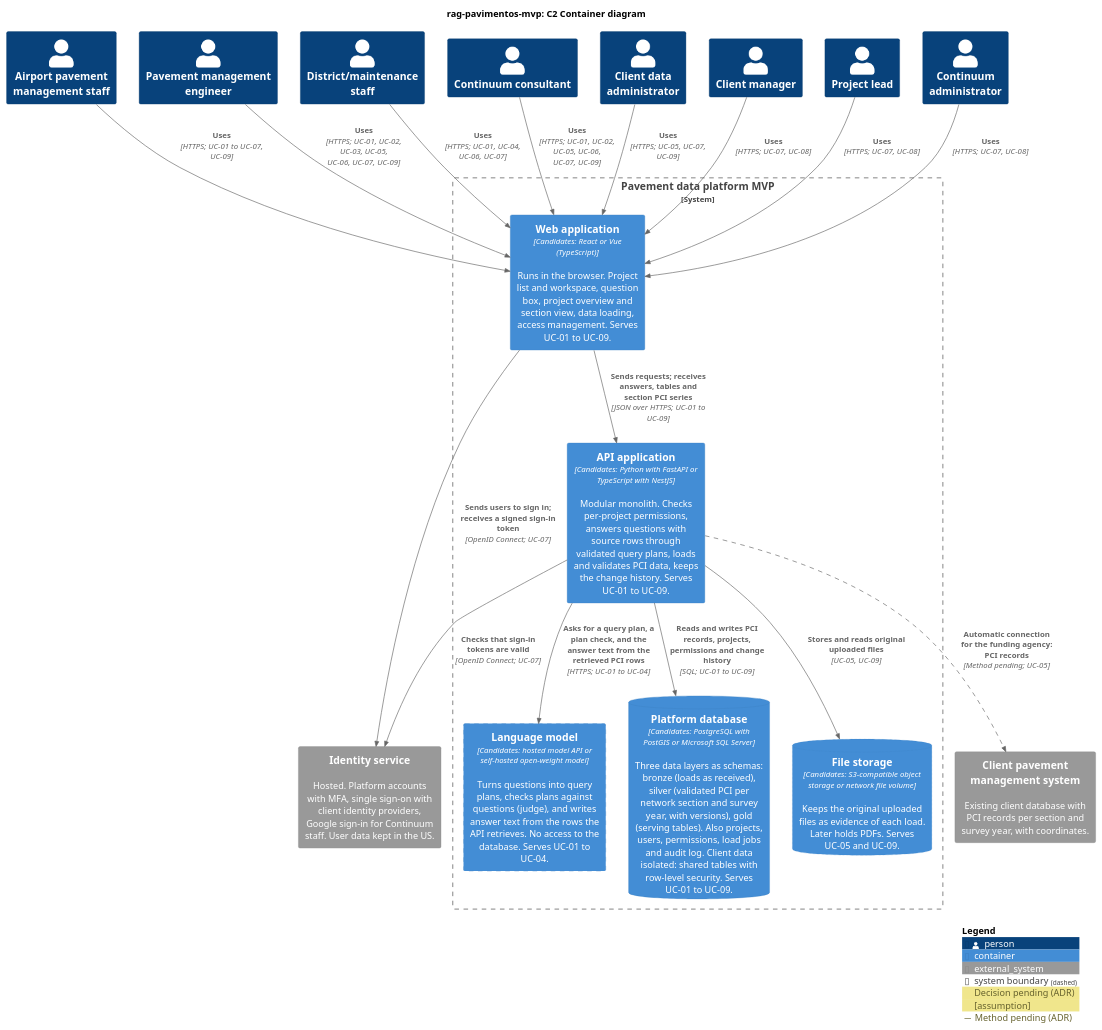
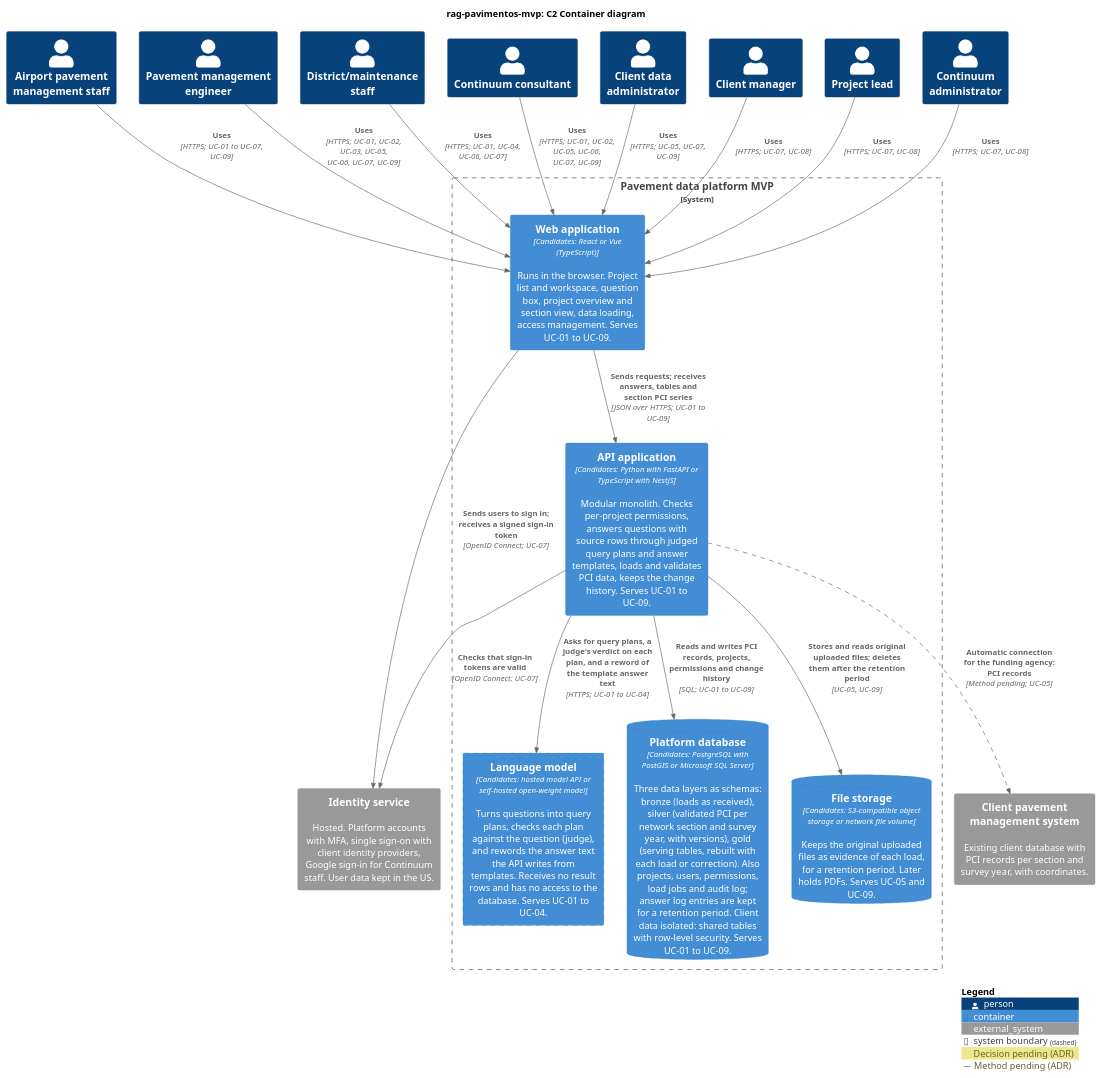
Before and after one commit to SAndrade2209/rag-pavimentos-mvp: the diagram in docs/architecture/c4/c2-containers.puml, drawn with PlantUML. The commit also changed 5 other files, not shown here.

First line of the commit message:
Supersede grounding and backend ADRs after architecture review

```diff
--- a/docs/architecture/c4/c2-containers.puml
+++ b/docs/architecture/c4/c2-containers.puml
@@ -1,73 +1,74 @@
 @startuml c2-containers
 !include <C4/C4_Container>
 
 title rag-pavimentos-mvp: C2 Container diagram
 
 ' Proposal. Candidate technologies are listed, not chosen. Each choice goes in an ADR,
 ' after docs/architecture/quality-attributes.md is filled.
 ' Modular monolith (CLAUDE.md): one API application holds the modules
 ' (question answering, PCI data, projects and access, change history). Modules belong in C3.
 ' All candidates run on any cloud provider or on premises (portability, CLAUDE.md).
 
 AddElementTag("pending", $borderStyle=DashedLine(), $legendText="Decision pending (ADR)")
-AddElementTag("assumption", $borderStyle=DottedLine(), $legendText="[assumption]")
 AddRelTag("pending", $lineStyle=DashedLine(), $legendText="Method pending (ADR)")
 
 ' People from C1, with the use cases each one performs.
 Person(airport_staff, "Airport pavement management staff")
 Person(pm_engineer, "Pavement management engineer")
 Person(district_staff, "District/maintenance staff")
 Person(consultant, "Continuum consultant")
 Person(data_admin, "Client data administrator")
 Person(client_manager, "Client manager")
 Person(project_lead, "Project lead")
 Person(continuum_admin, "Continuum administrator")
 
 ' External system from C1.
 ' CSV and Excel files are uploaded by people through the web application (UC-05).
 ' For the funding agency only, the API application also has an automatic connection to this system.
 ' Its method, and so the direction of the arrow, is pending (ADR 2026-11-23-load-pci-data-by-upload-and-connection).
 ' Sign-in (ADR 2026-11-23-delegate-sign-in-to-an-identity-service). The client identity providers and
 ' Continuum's Google Workspace connect to the identity service, not to the containers; they are shown in C1.
 System_Ext(idp, "Identity service", "Hosted. Platform accounts with MFA, single sign-on with client identity providers, Google sign-in for Continuum staff. User data kept in the US.")
 System_Ext(pms, "Client pavement management system", "Existing client database with PCI records per section and survey year, with coordinates.")
 
 System_Boundary(platform, "Pavement data platform MVP") {
   Container(web, "Web application", "Candidates: React or Vue (TypeScript)", "Runs in the browser. Project list and workspace, question box, project overview and section view, data loading, access management. Serves UC-01 to UC-09.")
 
-  Container(api, "API application", "Candidates: Python with FastAPI or TypeScript with NestJS", "Modular monolith. Checks per-project permissions, answers questions with source rows through validated query plans, loads and validates PCI data, keeps the change history. Serves UC-01 to UC-09.")
+  Container(api, "API application", "Candidates: Python with FastAPI or TypeScript with NestJS", "Modular monolith. Checks per-project permissions, answers questions with source rows through judged query plans and answer templates, loads and validates PCI data, keeps the change history. Serves UC-01 to UC-09.")
 
-  ' Hosted or self-hosted is the decision. With a hosted model API, client PCI rows leave
-  ' the platform and the model becomes an external system in C1.
-  ' Grounding (ADR 2026-11-23-ground-answers-with-validated-query-plans): the model has no access to
-  ' the database. It returns query plans, which the API validates and runs, and it sees only the result rows.
-  Container(llm, "Language model", "Candidates: hosted model API or self-hosted open-weight model", "Turns questions into query plans, checks plans against questions (judge), and writes answer text from the rows the API retrieves. No access to the database. Serves UC-01 to UC-04.", $tags="pending")
+  ' Hosted or self-hosted is the decision. With a hosted model API, client data (questions, plans,
+  ' and the template answer text with its figures) leave the platform and the model becomes an
+  ' external system in C1.
+  ' Grounding (ADR 2026-11-23-ground-answers-with-judged-plans-and-answer-templates): the model has no
+  ' access to the database and never receives result rows. It returns query plans, judges them, and
+  ' rewords the answer text the API writes from templates.
+  Container(llm, "Language model", "Candidates: hosted model API or self-hosted open-weight model", "Turns questions into query plans, checks each plan against the question (judge), and rewords the answer text the API writes from templates. Receives no result rows and has no access to the database. Serves UC-01 to UC-04.", $tags="pending")
 
   ' Client data isolation: see ADR 2026-11-23-isolate-client-data-with-row-level-security.
-  ' Data layers: see ADR 2026-11-23-backend-modular-monolith-with-data-layers.
-  ContainerDb(db, "Platform database", "Candidates: PostgreSQL with PostGIS or Microsoft SQL Server", "Three data layers as schemas: bronze (loads as received), silver (validated PCI per network section and survey year, with versions), gold (serving tables). Also projects, users, permissions, load jobs and audit log. Client data isolated: shared tables with row-level security. Serves UC-01 to UC-09.")
+  ' Data layers and retention: see ADR 2026-11-23-backend-modular-monolith-with-data-layers-and-retention.
+  ContainerDb(db, "Platform database", "Candidates: PostgreSQL with PostGIS or Microsoft SQL Server", "Three data layers as schemas: bronze (loads as received), silver (validated PCI per network section and survey year, with versions), gold (serving tables, rebuilt with each load or correction). Also projects, users, permissions, load jobs and audit log; answer log entries are kept for a retention period. Client data isolated: shared tables with row-level security. Serves UC-01 to UC-09.")
 
-  ' Not required by phase 1 questions. Justified by the evidence requirement and by PDFs later.
-  ' If original files are not kept, this container is removed.
-  ContainerDb(files, "File storage", "Candidates: S3-compatible object storage or network file volume", "Keeps the original uploaded files as evidence of each load. Later holds PDFs. Serves UC-05 and UC-09.", $tags="assumption")
+  ' Not required by phase 1 questions. Original files are kept for a retention period as evidence
+  ' of each load. PDFs come later and will be stored here.
+  ContainerDb(files, "File storage", "Candidates: S3-compatible object storage or network file volume", "Keeps the original uploaded files as evidence of each load, for a retention period. Later holds PDFs. Serves UC-05 and UC-09.")
 }
 
 Rel(airport_staff, web, "Uses", "HTTPS; UC-01 to UC-07, UC-09")
 Rel(pm_engineer, web, "Uses", "HTTPS; UC-01, UC-02, UC-03, UC-05, UC-06, UC-07, UC-09")
 Rel(district_staff, web, "Uses", "HTTPS; UC-01, UC-04, UC-06, UC-07")
 Rel(consultant, web, "Uses", "HTTPS; UC-01, UC-02, UC-05, UC-06, UC-07, UC-09")
 Rel(data_admin, web, "Uses", "HTTPS; UC-05, UC-07, UC-09")
 Rel(client_manager, web, "Uses", "HTTPS; UC-07, UC-08")
 Rel(project_lead, web, "Uses", "HTTPS; UC-07, UC-08")
 Rel(continuum_admin, web, "Uses", "HTTPS; UC-07, UC-08")
 
 Rel(web, api, "Sends requests; receives answers, tables and section PCI series", "JSON over HTTPS; UC-01 to UC-09")
-Rel(api, llm, "Asks for a query plan, a plan check, and the answer text from the retrieved PCI rows", "HTTPS; UC-01 to UC-04")
+Rel(api, llm, "Asks for query plans, a judge's verdict on each plan, and a reword of the template answer text", "HTTPS; UC-01 to UC-04")
 Rel(api, db, "Reads and writes PCI records, projects, permissions and change history", "SQL; UC-01 to UC-09")
-Rel(api, files, "Stores and reads original uploaded files", "UC-05, UC-09")
+Rel(api, files, "Stores and reads original uploaded files; deletes them after the retention period", "UC-05, UC-09")
 Rel(api, pms, "Automatic connection for the funding agency: PCI records", "Method pending; UC-05", $tags="pending")
 Rel(web, idp, "Sends users to sign in; receives a signed sign-in token", "OpenID Connect; UC-07")
 Rel(api, idp, "Checks that sign-in tokens are valid", "OpenID Connect; UC-07")
 
 SHOW_LEGEND()
 @enduml
```
